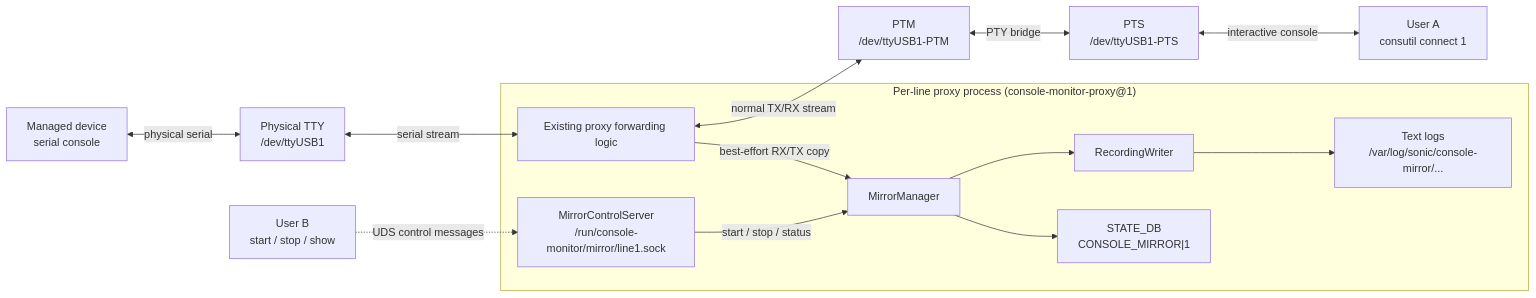
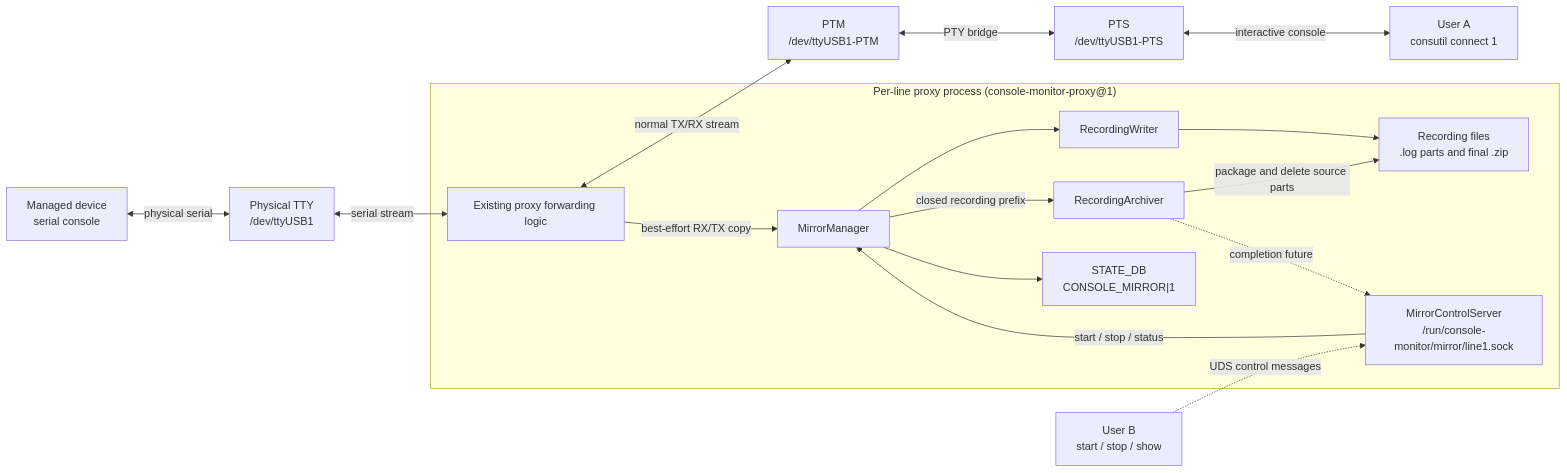
Before and after one commit to sonic-net/SONiC: the first of 3 diagrams in doc/console/Console-Mirror-High-Level-Design.md, drawn with Mermaid. The commit also changed other lines of this file, not shown here.

First line of the commit message:
doc/console: Add asynchronous recording archive design

````diff
--- a/doc/console/Console-Mirror-High-Level-Design.md
+++ b/doc/console/Console-Mirror-High-Level-Design.md
@@ -110,37 +110,41 @@
 ```mermaid
 flowchart LR
     target["Managed device<br/>serial console"]
     tty["Physical TTY<br/>/dev/ttyUSB1"]
 
     subgraph proxyBox["Per-line proxy process (console-monitor-proxy@1)"]
         core["Existing proxy forwarding logic"]
         mirror["MirrorManager"]
         writer["RecordingWriter"]
+        archiver["RecordingArchiver"]
         state["STATE_DB<br/>CONSOLE_MIRROR|1"]
         control["MirrorControlServer<br/>/run/console-monitor/mirror/line1.sock"]
-        log["Text logs<br/>/var/log/sonic/console-mirror/..."]
+        files["Recording files<br/>.log parts and final .zip"]
     end
 
     ptm["PTM<br/>/dev/ttyUSB1-PTM"]
     pts["PTS<br/>/dev/ttyUSB1-PTS"]
     userA["User A<br/>consutil connect 1"]
 
     target <-- "physical serial" --> tty
     tty <-- "serial stream" --> core
 
     core <-- "normal TX/RX stream" --> ptm
     ptm <-- "PTY bridge" --> pts
     pts <-- "interactive console" --> userA
 
     core -->|best-effort RX/TX copy| mirror
 
     mirror --> writer
-    writer --> log
+    writer --> files
+    mirror -->|"closed recording prefix"| archiver
+    archiver -->|"package and delete source parts"| files
     mirror --> state
 
     control -->|start / stop / status| mirror
+    archiver -. "completion future" .-> control
 
     userB["User B<br/>start / stop / show"]
 
     userB -. "UDS control messages" .-> control
 ```
````
